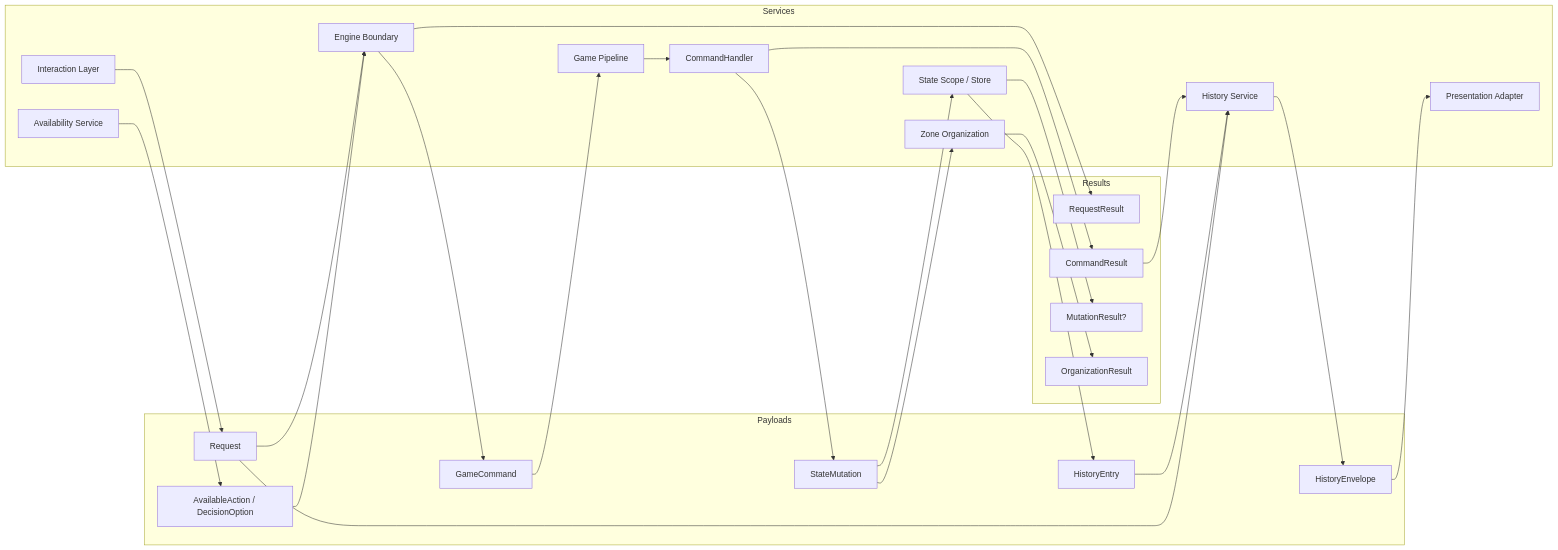
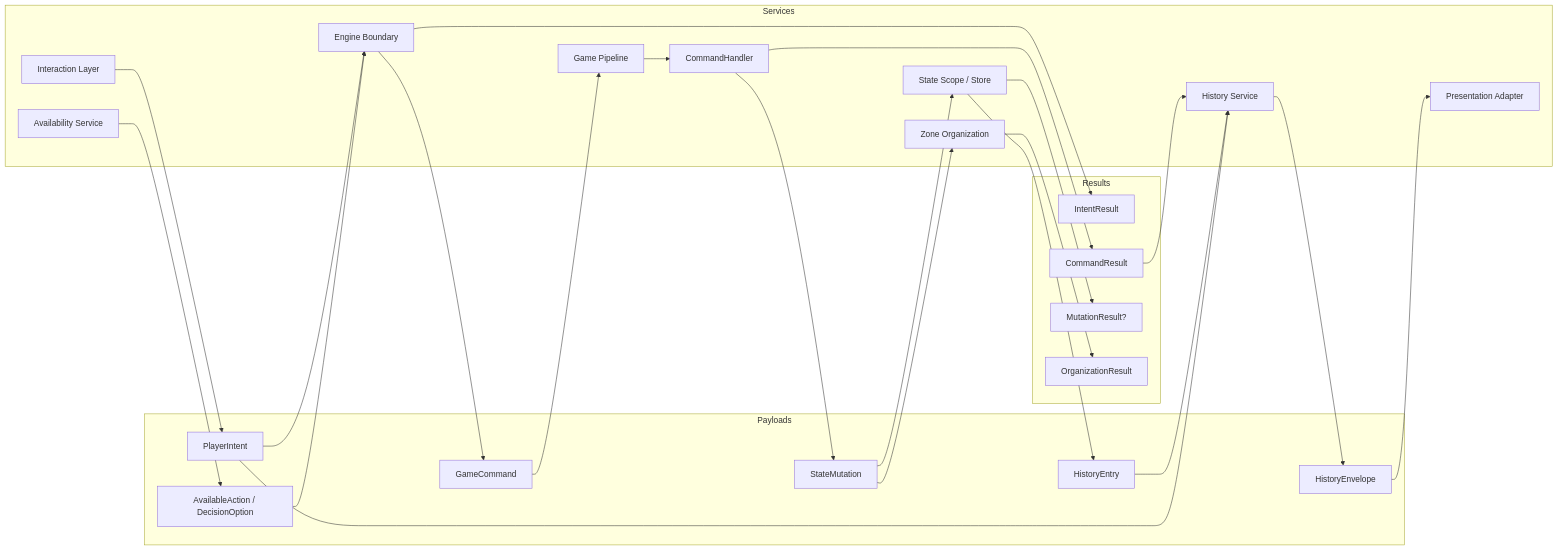
One commit to MgCohen/Card-Framework changed the first of 3 diagrams in RESEARCH/17-action-definition-proposal.md. Above: the diagram before and after it, drawn with Mermaid. The commit also changed other lines of this file and 10 other files, not shown here.

````diff
--- a/RESEARCH/17-action-definition-proposal.md
+++ b/RESEARCH/17-action-definition-proposal.md
@@ -170,51 +170,51 @@
 ```mermaid
 flowchart LR
   subgraph Payloads["Payloads"]
-    RequestP["Request"]
+    RequestP["PlayerIntent"]
     AvailP["AvailableAction / DecisionOption"]
     GameCommandP["GameCommand"]
     MutationP["StateMutation"]
     EntryP["HistoryEntry"]
     EnvelopeP["HistoryEnvelope"]
   end
 
   subgraph Results["Results"]
-    RequestResultR["RequestResult"]
+    IntentResultR["IntentResult"]
     CommandResultR["CommandResult"]
     MutationResultR["MutationResult?"]
     OrganizationResultR["OrganizationResult"]
   end
 
   subgraph Services["Services"]
     InteractionS["Interaction Layer"]
     EngineS["Engine Boundary"]
     AvailabilityS["Availability Service"]
     PipelineS["Game Pipeline"]
     HandlerS["CommandHandler"]
     StateS["State Scope / Store"]
     ZoneS["Zone Organization"]
     HistoryS["History Service"]
     PresentationS["Presentation Adapter"]
   end
 
   InteractionS --> RequestP
   AvailabilityS --> AvailP
   RequestP --> EngineS
   AvailP --> EngineS
-  EngineS --> RequestResultR
+  EngineS --> IntentResultR
   EngineS --> GameCommandP
   GameCommandP --> PipelineS
   PipelineS --> HandlerS
   HandlerS --> MutationP
   HandlerS --> CommandResultR
   MutationP --> ZoneS
   ZoneS --> OrganizationResultR
   MutationP --> StateS
   StateS --> MutationResultR
   StateS --> EntryP
   EntryP --> HistoryS
   CommandResultR --> HistoryS
   RequestP --> HistoryS
   HistoryS --> EnvelopeP
   EnvelopeP --> PresentationS
 ```
````
